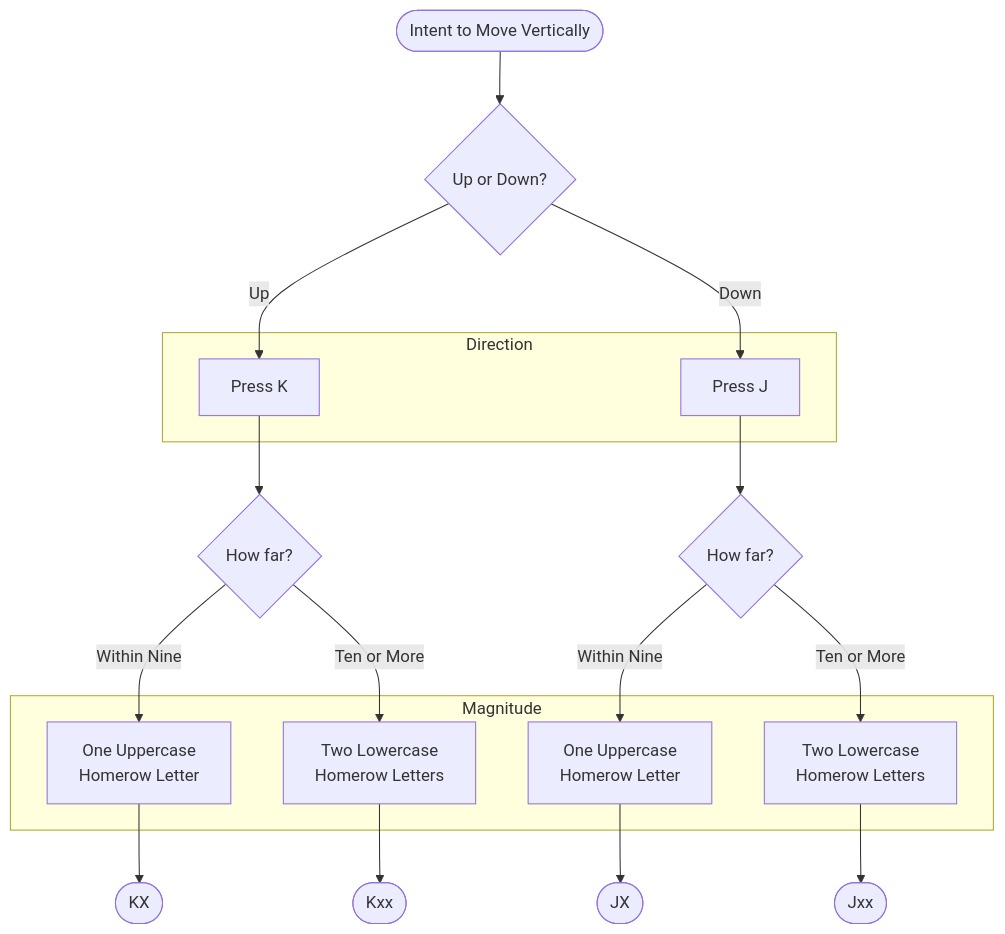
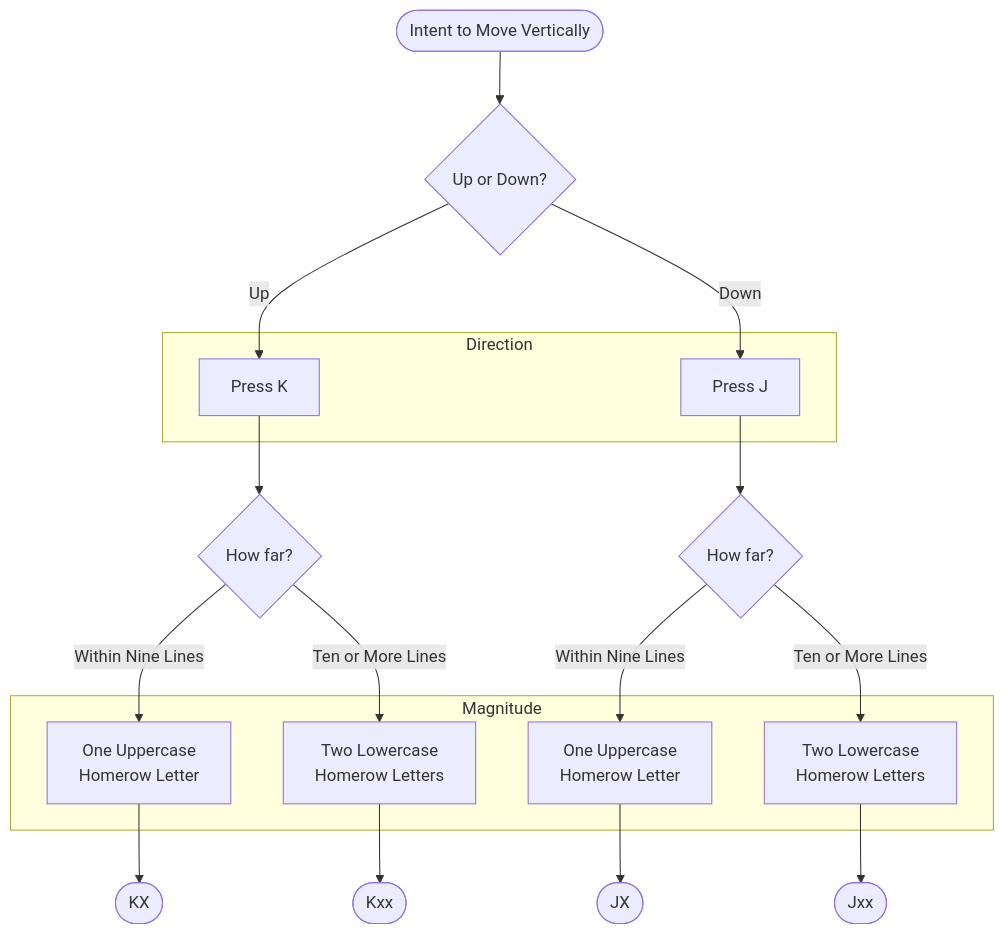
The diagram in README.md (zachary-krepelka/ranger-vertigo), drawn with Mermaid before and after one commit. The commit also changed other lines of this file, not shown here.

````diff
--- a/README.md
+++ b/README.md
@@ -99,33 +100,33 @@
 ```mermaid
 flowchart TD
 
     subgraph Direction
         up
         down
     end
 
     subgraph Magnitude
         close-up
         far-up
         close-down
         far-down
     end
 
     start([Intent to Move Vertically]) --> choose-direction{Up or Down?}
 
     choose-direction -->|Up| up[Press K]
     choose-direction -->|Down| down[Press J]
 
     up   --> specify-magnitude-up{How far?}
     down --> specify-magnitude-down{How far?}
 
-    specify-magnitude-up   -->|Within Nine| close-up[One Uppercase<Br>Homerow Letter]
-    specify-magnitude-up   -->|Ten or More| far-up[Two Lowercase<Br>Homerow Letters]
-    specify-magnitude-down -->|Within Nine| close-down[One Uppercase<Br>Homerow Letter]
-    specify-magnitude-down -->|Ten or More| far-down[Two Lowercase<Br>Homerow Letters]
+    specify-magnitude-up   -->|Within Nine Lines| close-up[One Uppercase<Br>Homerow Letter]
+    specify-magnitude-up   -->|Ten or More Lines| far-up[Two Lowercase<Br>Homerow Letters]
+    specify-magnitude-down -->|Within Nine Lines| close-down[One Uppercase<Br>Homerow Letter]
+    specify-magnitude-down -->|Ten or More Lines| far-down[Two Lowercase<Br>Homerow Letters]
 
     close-up   --> motion1([KX])
     far-up     --> motion2([Kxx])
     close-down --> motion3([JX])
     far-down   --> motion4([Jxx])
 ```
````
